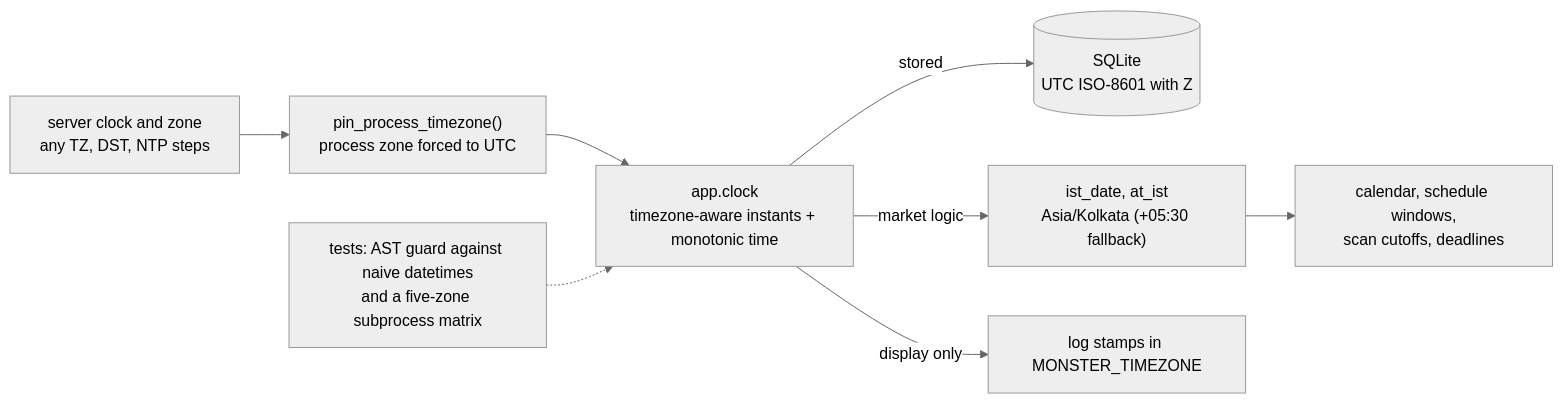
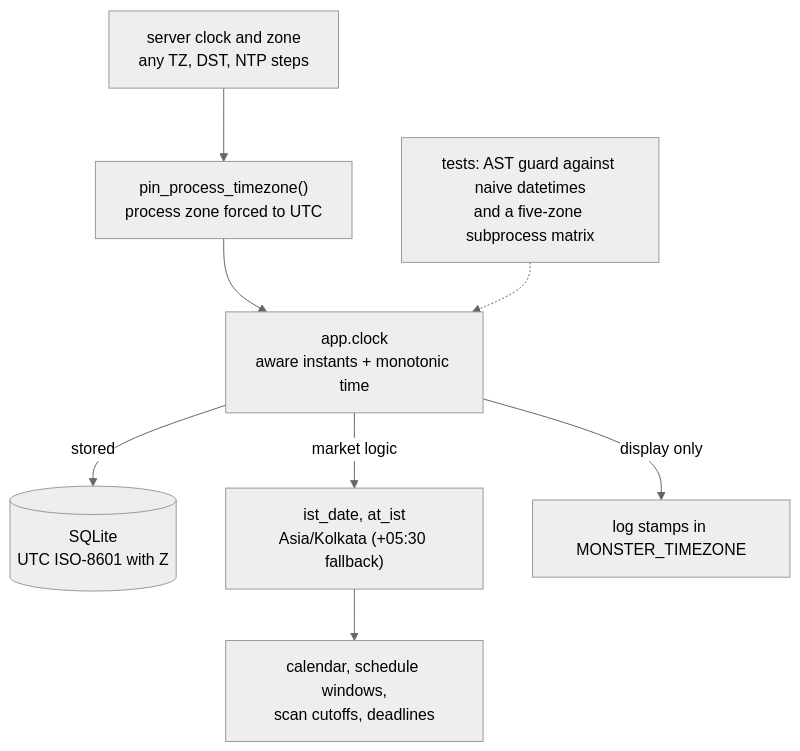
Before and after one commit to amansoni7477030/MonsterStock_AI: diagram 15 of 18 in MONSTER-AI/docs/ARCHITECTURE.md, drawn with Mermaid (neutral theme). The commit also changed other lines of this file and 5 other files, not shown here.

````diff
--- a/MONSTER-AI/docs/ARCHITECTURE.md
+++ b/MONSTER-AI/docs/ARCHITECTURE.md
@@ -645,10 +600,10 @@
 ```mermaid
-flowchart LR
+flowchart TB
     OS["server clock and zone<br/>any TZ, DST, NTP steps"] --> PIN["pin_process_timezone()<br/>process zone forced to UTC"]
-    PIN --> CLK["app.clock<br/>timezone-aware instants + monotonic time"]
+    PIN --> CLK["app.clock<br/>aware instants + monotonic time"]
     CLK -->|"stored"| DB[("SQLite<br/>UTC ISO-8601 with Z")]
     CLK -->|"market logic"| IST["ist_date, at_ist<br/>Asia/Kolkata (+05:30 fallback)"]
     IST --> USE["calendar, schedule windows,<br/>scan cutoffs, deadlines"]
     CLK -->|"display only"| LOGZ["log stamps in MONSTER_TIMEZONE"]
     GUARD["tests: AST guard against naive datetimes<br/>and a five-zone subprocess matrix"] -.-> CLK
 ```
````
